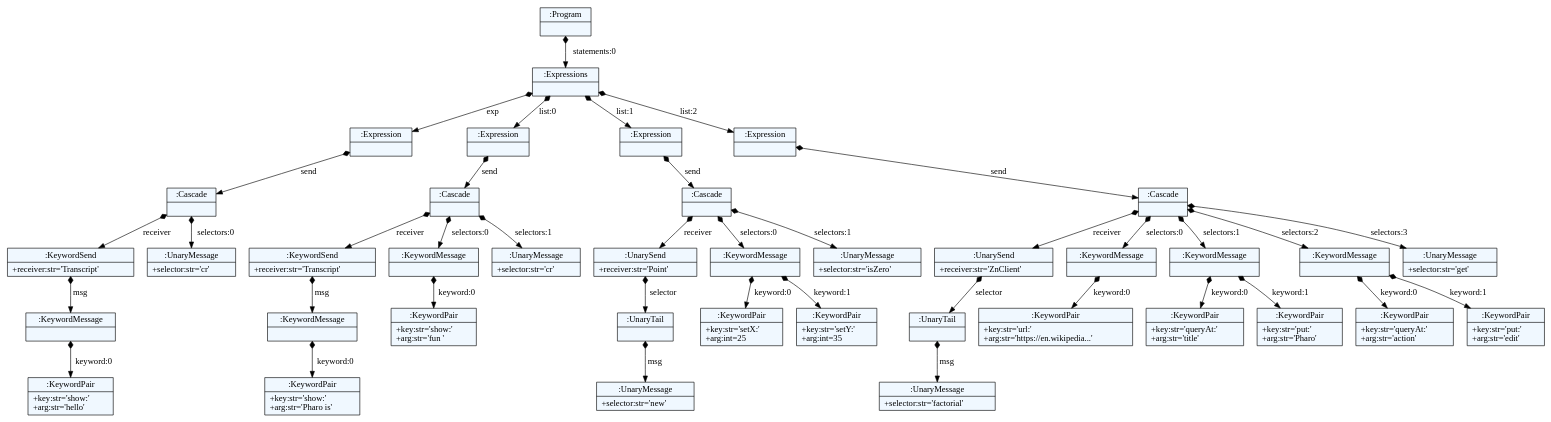
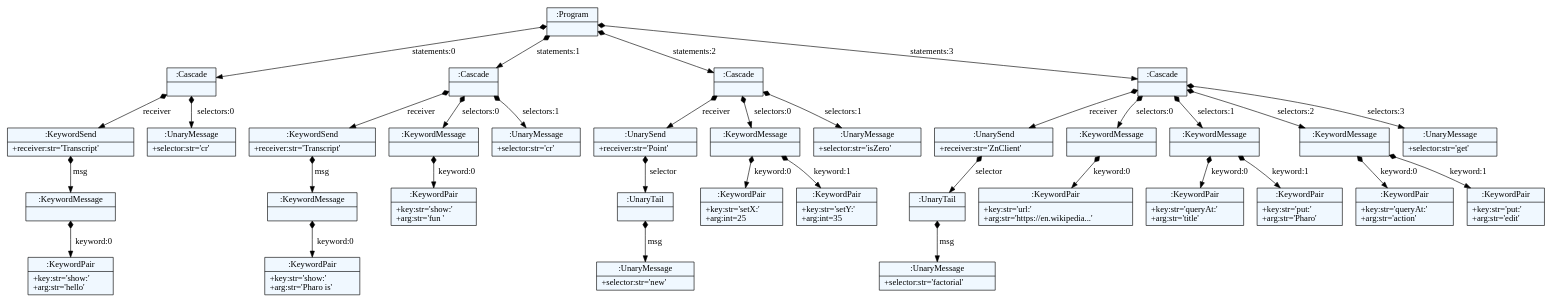
Before and after one commit to spcnz/smalltalk-parser: the diagram in parser/dot/cascade.dot, drawn with Graphviz. The commit also changed 6093 other files, not shown here.

```diff
--- a/parser/dot/cascade.dot
+++ b/parser/dot/cascade.dot
@@ -1,92 +1,82 @@
 
     digraph textX {
     fontname = "Bitstream Vera Sans"
     fontsize = 8
     node[
         shape=record,
         style=filled,
         fillcolor=aliceblue
     ]
     nodesep = 0.3
     edge[dir=black,arrowtail=empty]
 
 
-2686558024368 -> 2686570856064 [label="statements:0" arrowtail=diamond dir=both]
-2686570856064 -> 2686571255792 [label="exp" arrowtail=diamond dir=both]
-2686571255792 -> 2686571255960 [label="send" arrowtail=diamond dir=both]
-2686571255960 -> 2686571256128 [label="receiver" arrowtail=diamond dir=both]
-2686571256128 -> 2686571256352 [label="msg" arrowtail=diamond dir=both]
-2686571256352 -> 2686571256464 [label="keyword:0" arrowtail=diamond dir=both]
-2686571256464[label="{:KeywordPair|+key:str='show:'\l+arg:str='hello'\l}"]
-2686571256352[label="{:KeywordMessage|}"]
-2686571256128[label="{:KeywordSend|+receiver:str='Transcript'\l}"]
-2686571255960 -> 2686571256184 [label="selectors:0" arrowtail=diamond dir=both]
-2686571256184[label="{:UnaryMessage|+selector:str='cr'\l}"]
-2686571255960[label="{:Cascade|}"]
-2686571255792[label="{:Expression|}"]
-2686570856064 -> 2686571255848 [label="list:0" arrowtail=diamond dir=both]
-2686571255848 -> 2686571256072 [label="send" arrowtail=diamond dir=both]
-2686571256072 -> 2686571256520 [label="receiver" arrowtail=diamond dir=both]
-2686571256520 -> 2686571256800 [label="msg" arrowtail=diamond dir=both]
-2686571256800 -> 2686571256912 [label="keyword:0" arrowtail=diamond dir=both]
-2686571256912[label="{:KeywordPair|+key:str='show:'\l+arg:str='Pharo is'\l}"]
-2686571256800[label="{:KeywordMessage|}"]
-2686571256520[label="{:KeywordSend|+receiver:str='Transcript'\l}"]
-2686571256072 -> 2686571256408 [label="selectors:0" arrowtail=diamond dir=both]
-2686571256408 -> 2686571256856 [label="keyword:0" arrowtail=diamond dir=both]
-2686571256856[label="{:KeywordPair|+key:str='show:'\l+arg:str='fun '\l}"]
-2686571256408[label="{:KeywordMessage|}"]
-2686571256072 -> 2686571256576 [label="selectors:1" arrowtail=diamond dir=both]
-2686571256576[label="{:UnaryMessage|+selector:str='cr'\l}"]
-2686571256072[label="{:Cascade|}"]
-2686571255848[label="{:Expression|}"]
-2686570856064 -> 2686571255904 [label="list:1" arrowtail=diamond dir=both]
-2686571255904 -> 2686571256296 [label="send" arrowtail=diamond dir=both]
-2686571256296 -> 2686571257248 [label="receiver" arrowtail=diamond dir=both]
-2686571257248 -> 2686571257416 [label="selector" arrowtail=diamond dir=both]
-2686571257416 -> 2686571257528 [label="msg" arrowtail=diamond dir=both]
-2686571257528[label="{:UnaryMessage|+selector:str='new'\l}"]
-2686571257416[label="{:UnaryTail|}"]
-2686571257248[label="{:UnarySend|+receiver:str='Point'\l}"]
-2686571256296 -> 2686571257024 [label="selectors:0" arrowtail=diamond dir=both]
-2686571257024 -> 2686571257472 [label="keyword:0" arrowtail=diamond dir=both]
-2686571257472[label="{:KeywordPair|+key:str='setX:'\l+arg:int=25\l}"]
-2686571257024 -> 2686571257584 [label="keyword:1" arrowtail=diamond dir=both]
-2686571257584[label="{:KeywordPair|+key:str='setY:'\l+arg:int=35\l}"]
-2686571257024[label="{:KeywordMessage|}"]
-2686571256296 -> 2686571257304 [label="selectors:1" arrowtail=diamond dir=both]
-2686571257304[label="{:UnaryMessage|+selector:str='isZero'\l}"]
-2686571256296[label="{:Cascade|}"]
-2686571255904[label="{:Expression|}"]
-2686570856064 -> 2686571256016 [label="list:2" arrowtail=diamond dir=both]
-2686571256016 -> 2686571256968 [label="send" arrowtail=diamond dir=both]
-2686571256968 -> 2686571257808 [label="receiver" arrowtail=diamond dir=both]
-2686571257808 -> 2686592442608 [label="selector" arrowtail=diamond dir=both]
-2686592442608 -> 2686592442720 [label="msg" arrowtail=diamond dir=both]
-2686592442720[label="{:UnaryMessage|+selector:str='factorial'\l}"]
-2686592442608[label="{:UnaryTail|}"]
-2686571257808[label="{:UnarySend|+receiver:str='ZnClient'\l}"]
-2686571256968 -> 2686592442496 [label="selectors:0" arrowtail=diamond dir=both]
-2686592442496 -> 2686592442664 [label="keyword:0" arrowtail=diamond dir=both]
-2686592442664[label="{:KeywordPair|+key:str='url:'\l+arg:str='https://en.wikipedia...'\l}"]
-2686592442496[label="{:KeywordMessage|}"]
-2686571256968 -> 2686592442440 [label="selectors:1" arrowtail=diamond dir=both]
-2686592442440 -> 2686592442832 [label="keyword:0" arrowtail=diamond dir=both]
-2686592442832[label="{:KeywordPair|+key:str='queryAt:'\l+arg:str='title'\l}"]
-2686592442440 -> 2686592443000 [label="keyword:1" arrowtail=diamond dir=both]
-2686592443000[label="{:KeywordPair|+key:str='put:'\l+arg:str='Pharo'\l}"]
-2686592442440[label="{:KeywordMessage|}"]
-2686571256968 -> 2686592442552 [label="selectors:2" arrowtail=diamond dir=both]
-2686592442552 -> 2686592443056 [label="keyword:0" arrowtail=diamond dir=both]
-2686592443056[label="{:KeywordPair|+key:str='queryAt:'\l+arg:str='action'\l}"]
-2686592442552 -> 2686592443280 [label="keyword:1" arrowtail=diamond dir=both]
-2686592443280[label="{:KeywordPair|+key:str='put:'\l+arg:str='edit'\l}"]
-2686592442552[label="{:KeywordMessage|}"]
-2686571256968 -> 2686592442776 [label="selectors:3" arrowtail=diamond dir=both]
-2686592442776[label="{:UnaryMessage|+selector:str='get'\l}"]
-2686571256968[label="{:Cascade|}"]
-2686571256016[label="{:Expression|}"]
-2686570856064[label="{:Expressions|}"]
-2686558024368[label="{:Program|}"]
+2614584479816 -> 2614583135592 [label="statements:0" arrowtail=diamond dir=both]
+2614583135592 -> 2614522363352 [label="receiver" arrowtail=diamond dir=both]
+2614522363352 -> 2614522361168 [label="msg" arrowtail=diamond dir=both]
+2614522361168 -> 2614522362232 [label="keyword:0" arrowtail=diamond dir=both]
+2614522362232[label="{:KeywordPair|+key:str='show:'\l+arg:str='hello'\l}"]
+2614522361168[label="{:KeywordMessage|}"]
+2614522363352[label="{:KeywordSend|+receiver:str='Transcript'\l}"]
+2614583135592 -> 2614522360664 [label="selectors:0" arrowtail=diamond dir=both]
+2614522360664[label="{:UnaryMessage|+selector:str='cr'\l}"]
+2614583135592[label="{:Cascade|}"]
+2614584479816 -> 2614522360384 [label="statements:1" arrowtail=diamond dir=both]
+2614522360384 -> 2614522360496 [label="receiver" arrowtail=diamond dir=both]
+2614522360496 -> 2614522360552 [label="msg" arrowtail=diamond dir=both]
+2614522360552 -> 2614521565648 [label="keyword:0" arrowtail=diamond dir=both]
+2614521565648[label="{:KeywordPair|+key:str='show:'\l+arg:str='Pharo is'\l}"]
+2614522360552[label="{:KeywordMessage|}"]
+2614522360496[label="{:KeywordSend|+receiver:str='Transcript'\l}"]
+2614522360384 -> 2614522359936 [label="selectors:0" arrowtail=diamond dir=both]
+2614522359936 -> 2614522360888 [label="keyword:0" arrowtail=diamond dir=both]
+2614522360888[label="{:KeywordPair|+key:str='show:'\l+arg:str='fun '\l}"]
+2614522359936[label="{:KeywordMessage|}"]
+2614522360384 -> 2614522363128 [label="selectors:1" arrowtail=diamond dir=both]
+2614522363128[label="{:UnaryMessage|+selector:str='cr'\l}"]
+2614522360384[label="{:Cascade|}"]
+2614584479816 -> 2614522361896 [label="statements:2" arrowtail=diamond dir=both]
+2614522361896 -> 2614521569008 [label="receiver" arrowtail=diamond dir=both]
+2614521569008 -> 2614535593712 [label="selector" arrowtail=diamond dir=both]
+2614535593712 -> 2614535590184 [label="msg" arrowtail=diamond dir=both]
+2614535590184[label="{:UnaryMessage|+selector:str='new'\l}"]
+2614535593712[label="{:UnaryTail|}"]
+2614521569008[label="{:UnarySend|+receiver:str='Point'\l}"]
+2614522361896 -> 2614521567104 [label="selectors:0" arrowtail=diamond dir=both]
+2614521567104 -> 2614535590128 [label="keyword:0" arrowtail=diamond dir=both]
+2614535590128[label="{:KeywordPair|+key:str='setX:'\l+arg:int=25\l}"]
+2614521567104 -> 2614535591752 [label="keyword:1" arrowtail=diamond dir=both]
+2614535591752[label="{:KeywordPair|+key:str='setY:'\l+arg:int=35\l}"]
+2614521567104[label="{:KeywordMessage|}"]
+2614522361896 -> 2614535593432 [label="selectors:1" arrowtail=diamond dir=both]
+2614535593432[label="{:UnaryMessage|+selector:str='isZero'\l}"]
+2614522361896[label="{:Cascade|}"]
+2614584479816 -> 2614522361000 [label="statements:3" arrowtail=diamond dir=both]
+2614522361000 -> 2614535593488 [label="receiver" arrowtail=diamond dir=both]
+2614535593488 -> 2614535590464 [label="selector" arrowtail=diamond dir=both]
+2614535590464 -> 2614535590016 [label="msg" arrowtail=diamond dir=both]
+2614535590016[label="{:UnaryMessage|+selector:str='factorial'\l}"]
+2614535590464[label="{:UnaryTail|}"]
+2614535593488[label="{:UnarySend|+receiver:str='ZnClient'\l}"]
+2614522361000 -> 2614535590408 [label="selectors:0" arrowtail=diamond dir=both]
+2614535590408 -> 2614535589960 [label="keyword:0" arrowtail=diamond dir=both]
+2614535589960[label="{:KeywordPair|+key:str='url:'\l+arg:str='https://en.wikipedia...'\l}"]
+2614535590408[label="{:KeywordMessage|}"]
+2614522361000 -> 2614535590296 [label="selectors:1" arrowtail=diamond dir=both]
+2614535590296 -> 2614535590240 [label="keyword:0" arrowtail=diamond dir=both]
+2614535590240[label="{:KeywordPair|+key:str='queryAt:'\l+arg:str='title'\l}"]
+2614535590296 -> 2614535590856 [label="keyword:1" arrowtail=diamond dir=both]
+2614535590856[label="{:KeywordPair|+key:str='put:'\l+arg:str='Pharo'\l}"]
+2614535590296[label="{:KeywordMessage|}"]
+2614522361000 -> 2614535590352 [label="selectors:2" arrowtail=diamond dir=both]
+2614535590352 -> 2614535591024 [label="keyword:0" arrowtail=diamond dir=both]
+2614535591024[label="{:KeywordPair|+key:str='queryAt:'\l+arg:str='action'\l}"]
+2614535590352 -> 2614535590744 [label="keyword:1" arrowtail=diamond dir=both]
+2614535590744[label="{:KeywordPair|+key:str='put:'\l+arg:str='edit'\l}"]
+2614535590352[label="{:KeywordMessage|}"]
+2614522361000 -> 2614535590072 [label="selectors:3" arrowtail=diamond dir=both]
+2614535590072[label="{:UnaryMessage|+selector:str='get'\l}"]
+2614522361000[label="{:Cascade|}"]
+2614584479816[label="{:Program|}"]
 
 }
```
